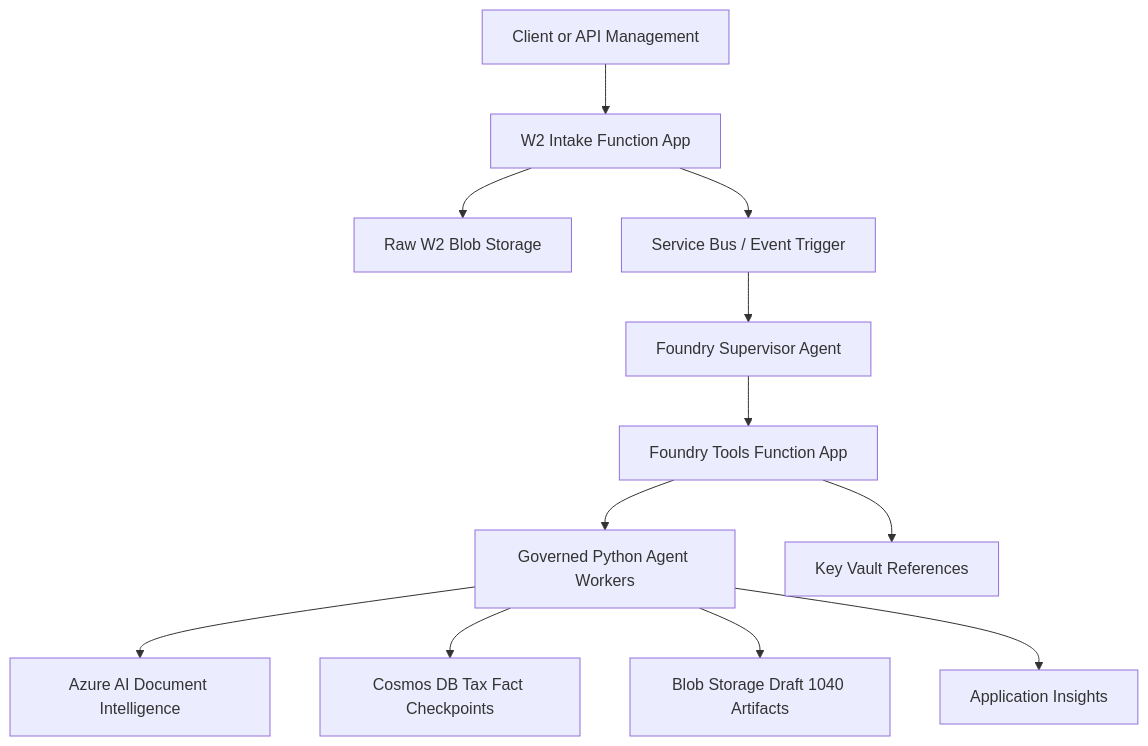
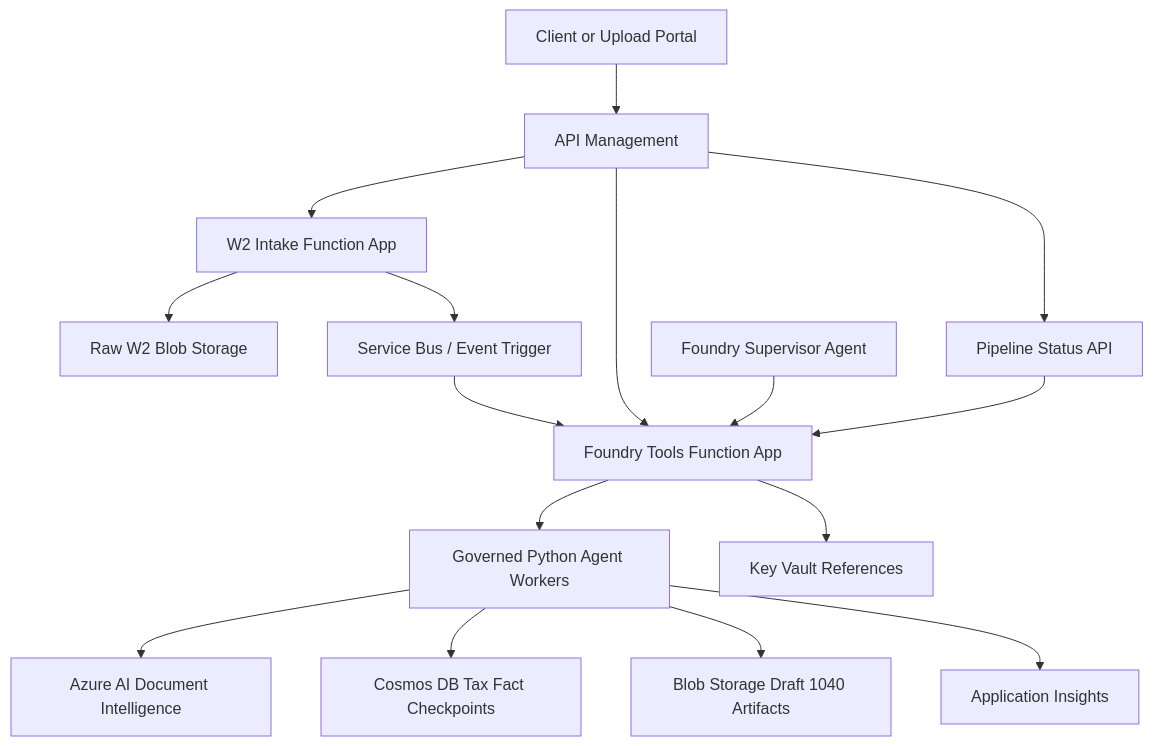
One commit to fluxionpartners/agentic-processing-platform changed the second of 2 diagrams in README.md. Above: the diagram before and after it, drawn with Mermaid. The commit also changed other lines of this file and 25 other files, not shown here.

Commit message:
feat: add async W2 portal processing flow

````diff
--- a/README.md
+++ b/README.md
@@ -58,14 +61,18 @@
 ```mermaid
 flowchart TB
-  Client[Client or API Management] --> IntakeFn[W2 Intake Function App]
+  Client[Client or Upload Portal] --> APIM[API Management]
+  APIM --> IntakeFn[W2 Intake Function App]
+  APIM --> ToolHost[Foundry Tools Function App]
   IntakeFn --> RawStorage[Raw W2 Blob Storage]
   IntakeFn --> Eventing["Service Bus / Event Trigger"]
-  Eventing --> Foundry[Foundry Supervisor Agent]
-  Foundry --> ToolHost[Foundry Tools Function App]
+  Eventing --> ToolHost[Foundry Tools Function App]
+  APIM --> StatusAPI[Pipeline Status API]
+  StatusAPI --> ToolHost
+  Foundry[Foundry Supervisor Agent] --> ToolHost
   ToolHost --> Agents[Governed Python Agent Workers]
   Agents --> DocIntel[Azure AI Document Intelligence]
   Agents --> Cosmos[Cosmos DB Tax Fact Checkpoints]
   Agents --> Artifacts[Blob Storage Draft 1040 Artifacts]
   Agents --> Monitor[Application Insights]
   ToolHost --> KeyVault[Key Vault References]
 ```
````
